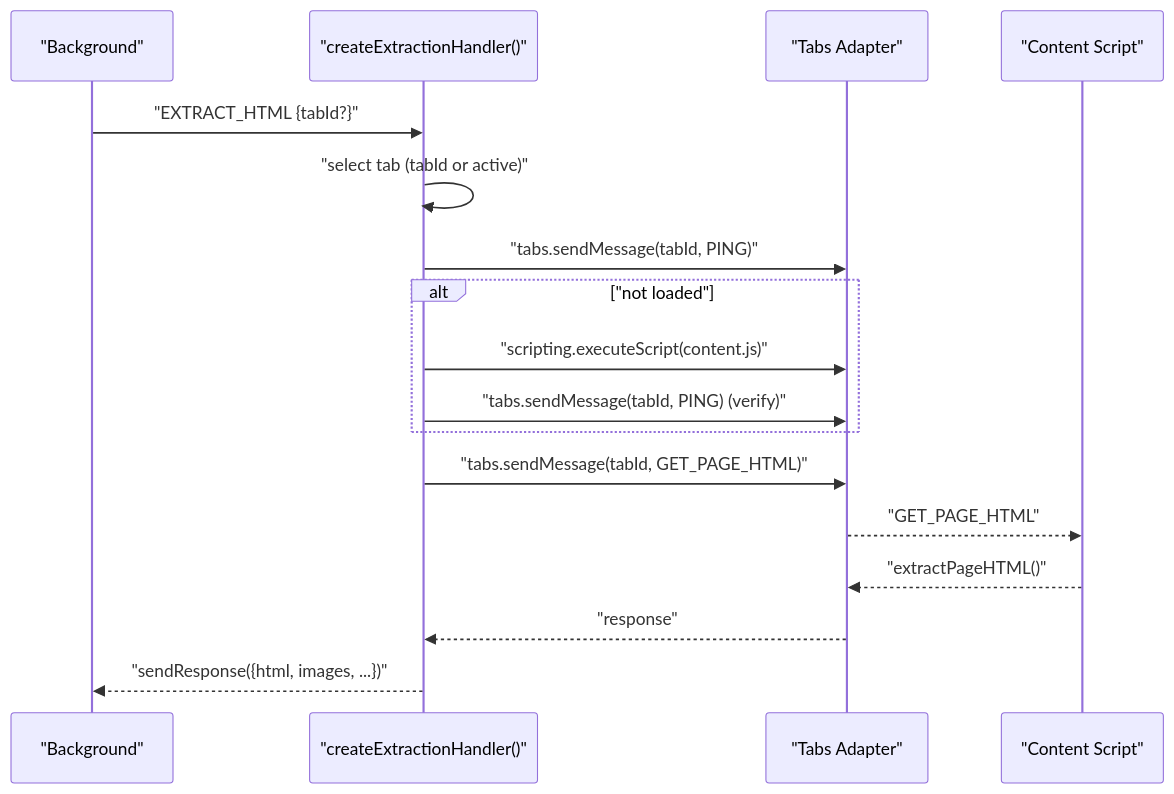
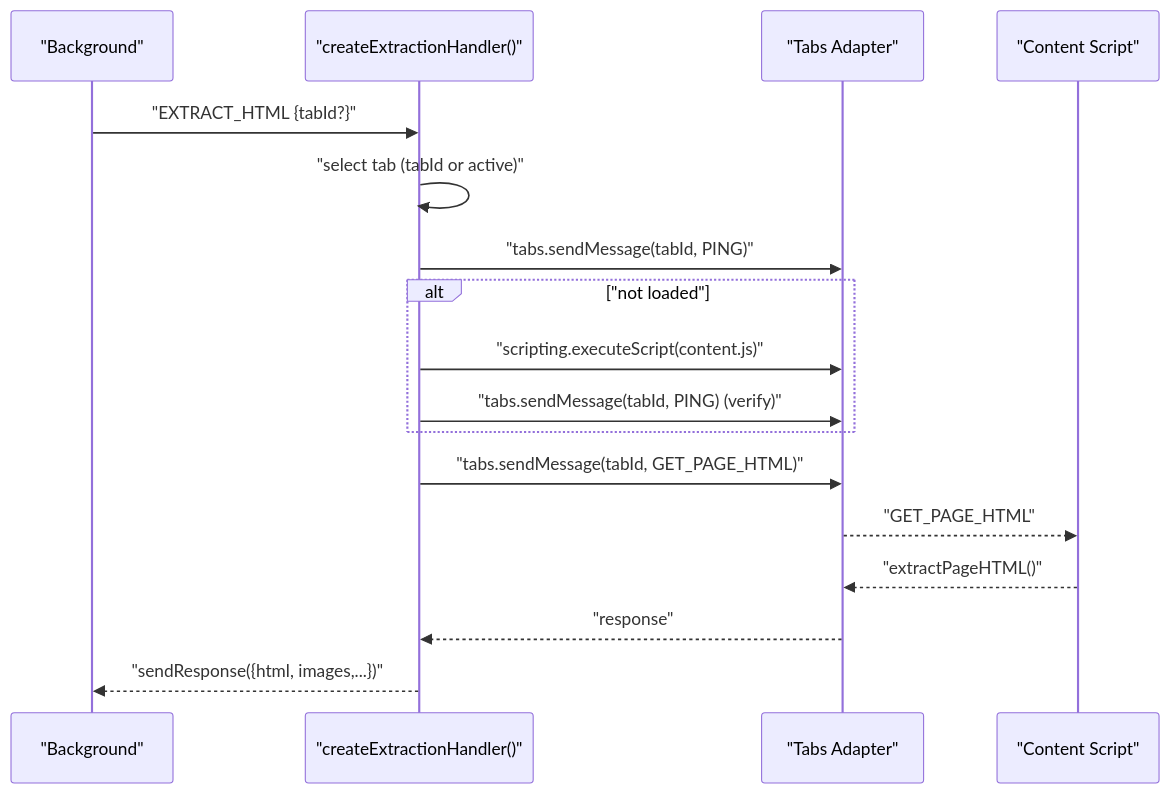
One commit to tashifkhan/tashif.codes changed the third of 9 diagrams in src/data/docs/mooc-utils/Assignment Solver Extension/Core Modules/Background Service/Message Handlers/Message Handlers.md. Above: the diagram before and after it, drawn with Mermaid. The commit also changed other lines of this file and 2128 other files, not shown here.

First line of the commit message:
docs: replace raster diagram images with native Mermaid across project guides

````diff
--- a/src/data/docs/mooc-utils/Assignment Solver Extension/Core Modules/Background Service/Message Handlers/Message Handlers.md
+++ b/src/data/docs/mooc-utils/Assignment Solver Extension/Core Modules/Background Service/Message Handlers/Message Handlers.md
@@ -130,19 +130,19 @@
 ```mermaid
 sequenceDiagram
 participant BG as "Background"
 participant EX as "createExtractionHandler()"
 participant TA as "Tabs Adapter"
 participant SC as "Content Script"
 BG->>EX : "EXTRACT_HTML {tabId?}"
 EX->>EX : "select tab (tabId or active)"
 EX->>TA : "tabs.sendMessage(tabId, PING)"
 alt "not loaded"
 EX->>TA : "scripting.executeScript(content.js)"
 EX->>TA : "tabs.sendMessage(tabId, PING) (verify)"
 end
 EX->>TA : "tabs.sendMessage(tabId, GET_PAGE_HTML)"
 TA-->>SC : "GET_PAGE_HTML"
 SC-->>TA : "extractPageHTML()"
 TA-->>EX : "response"
-EX-->>BG : "sendResponse({html, images, ...})"
+EX-->>BG : "sendResponse({html, images,...})"
 ```
````
